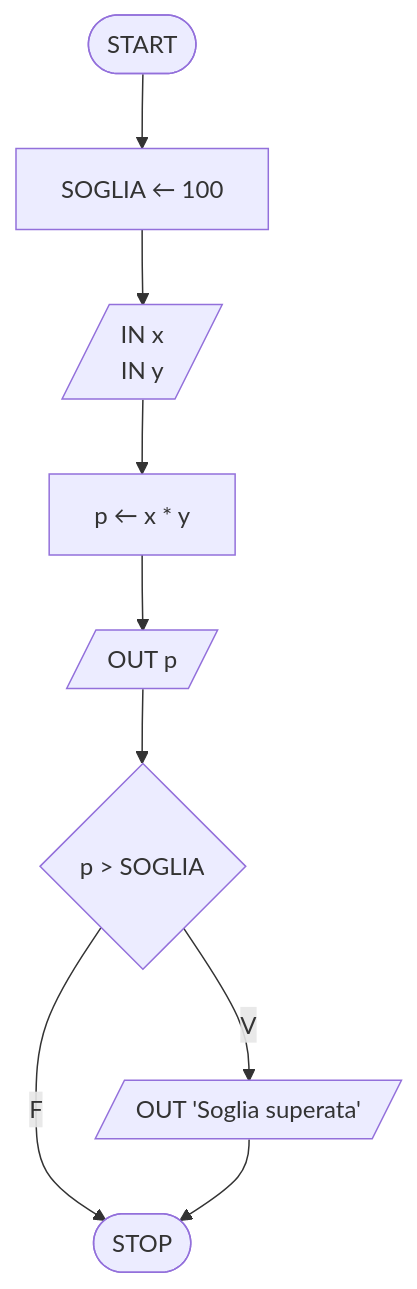
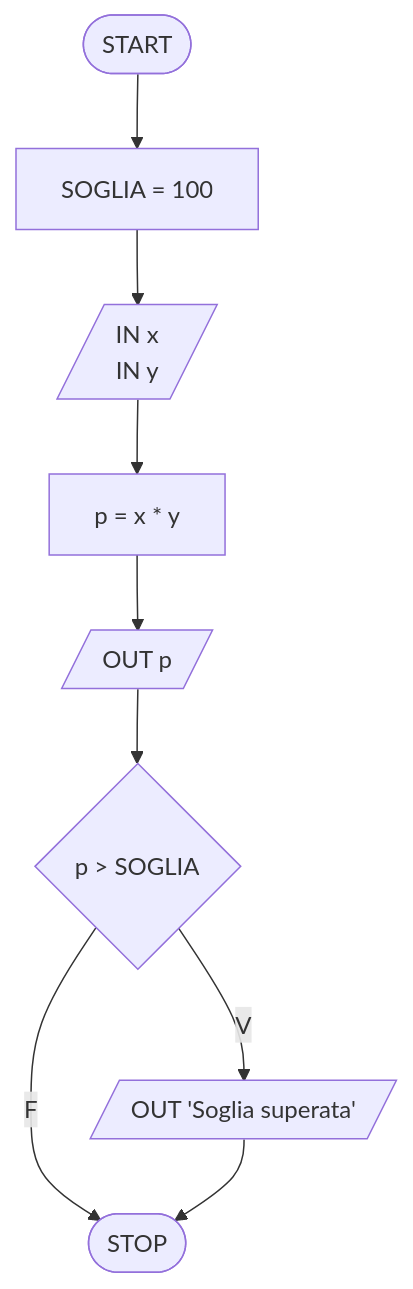
Before and after one commit to pg-laboratorio/flowcharts_laboratorio_esercizi: the fourth of 28 diagrams in flowcharts_soluzioni.md, drawn with Mermaid. The commit also changed other lines of this file, not shown here.

````diff
--- a/flowcharts_soluzioni.md
+++ b/flowcharts_soluzioni.md
@@ -81,11 +81,11 @@
 ```mermaid
 graph TD
-    START([START]) --> INIT["SOGLIA ← 100"]
+    START([START]) --> INIT["SOGLIA = 100"]
     INIT --> INPUT[/"IN x<br>IN y"/]
-    INPUT --> PROC["p ← x * y"]
+    INPUT --> PROC["p = x * y"]
     PROC --> OP[/"OUT p"/]
     OP --> COND{"p > SOGLIA"}
     COND -- V --> WARN[/"OUT 'Soglia superata'"/]
     COND -- F --> STOP([STOP])
     WARN --> STOP
 ```
````
